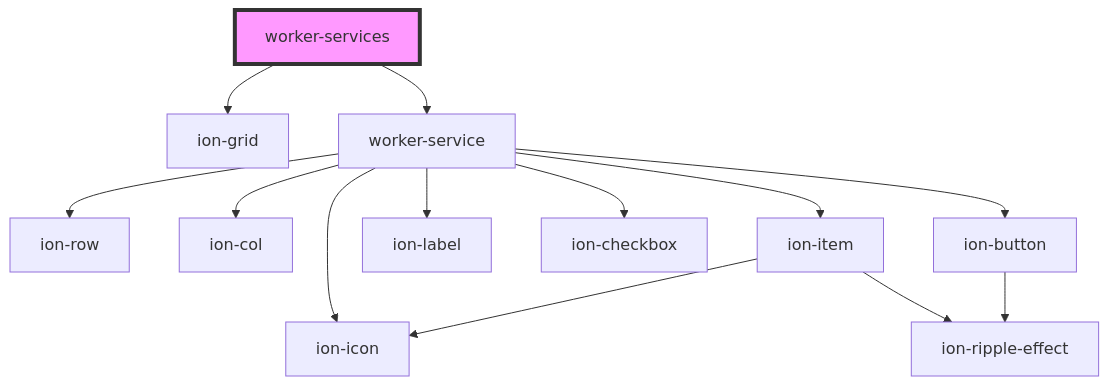
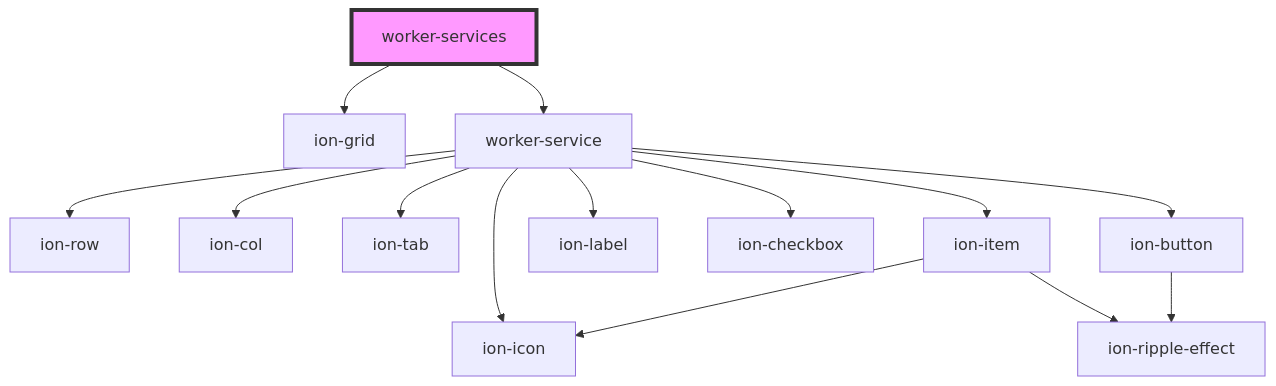
Before and after one commit to sanaadostmuhammad/stencil-components: the diagram in src/components/worker-services/readme.md, drawn with Mermaid. The commit also changed 4 other files, not shown here.

````diff
--- a/src/components/worker-services/readme.md
+++ b/src/components/worker-services/readme.md
@@ -23,16 +23,17 @@
 ```mermaid
 graph TD;
   worker-services --> ion-grid
   worker-services --> worker-service
   worker-service --> ion-row
   worker-service --> ion-col
+  worker-service --> ion-tab
   worker-service --> ion-item
   worker-service --> ion-label
   worker-service --> ion-checkbox
   worker-service --> ion-button
   worker-service --> ion-icon
   ion-item --> ion-icon
   ion-item --> ion-ripple-effect
   ion-button --> ion-ripple-effect
   style worker-services fill:#f9f,stroke:#333,stroke-width:4px
 ```
````
